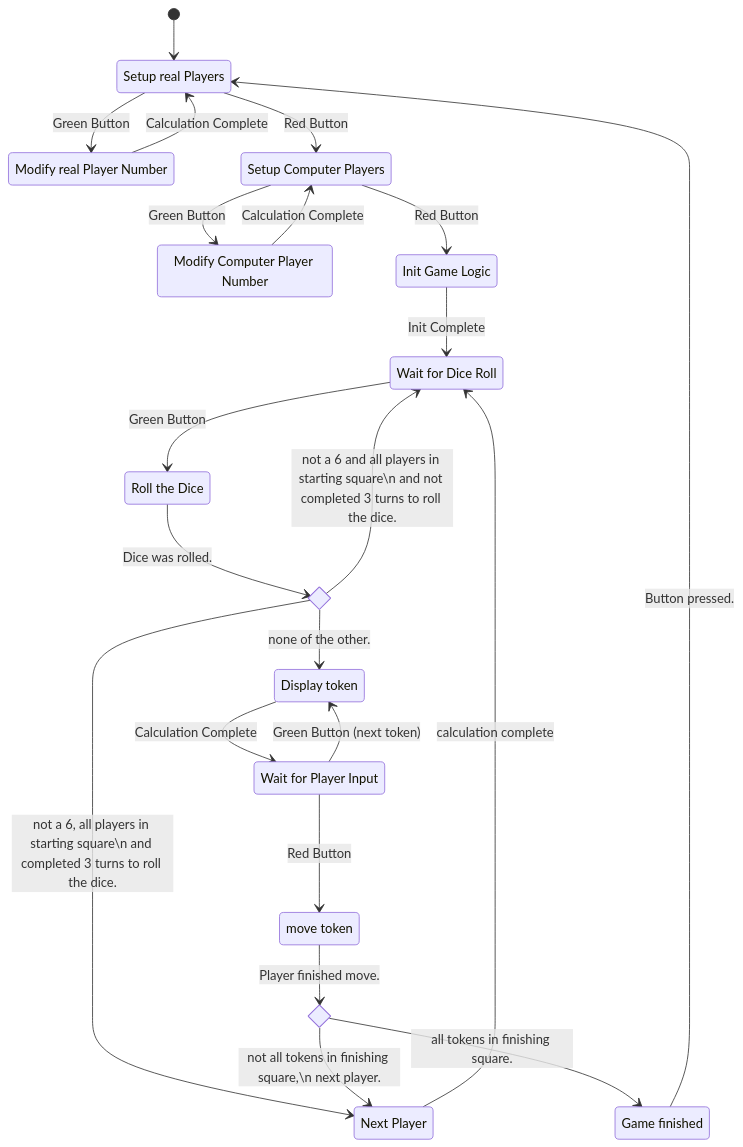
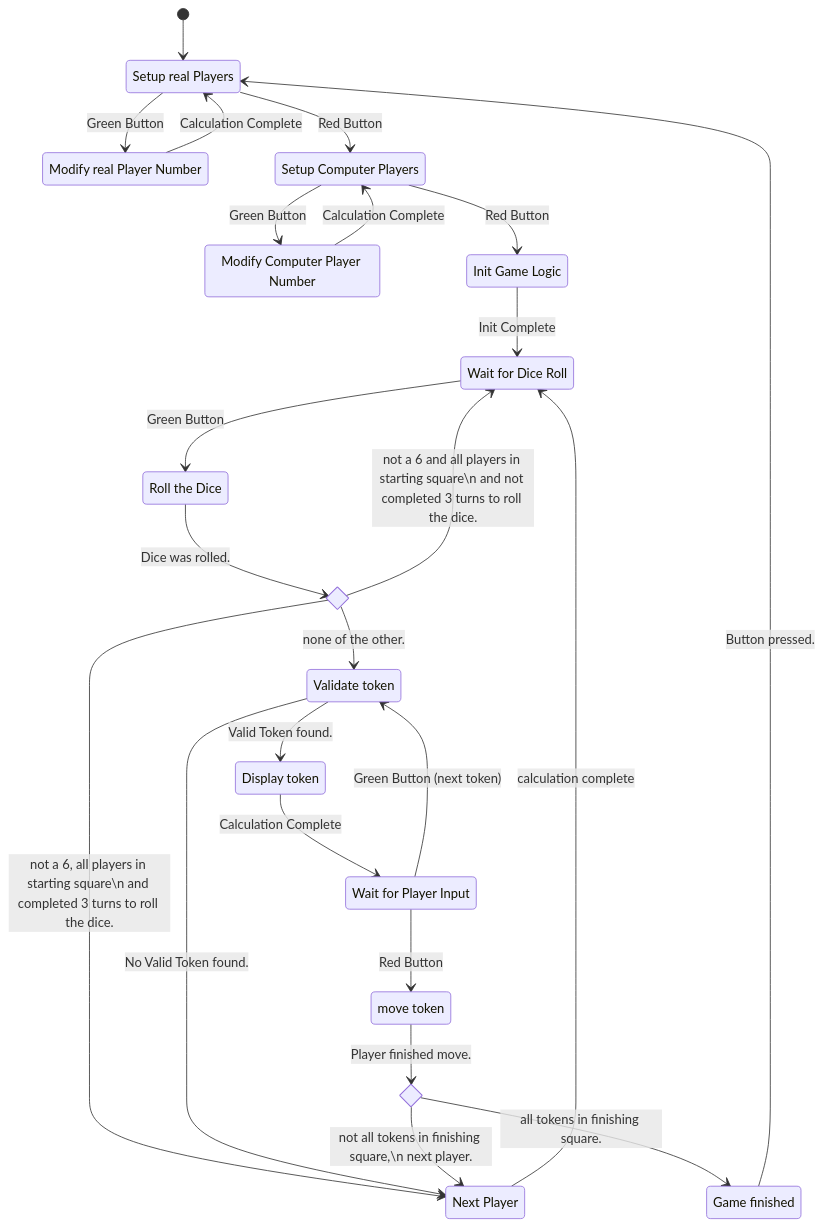
Before and after one commit to lukas1-12/Arduino_DHBW_Spiel: the second of 4 diagrams in Design_Description/Software_Architecture/DOC_DED_SOA_Software_Architecture.md, drawn with Mermaid. The commit also changed 2 other files, not shown here.

Commit message:
Updated State machine and implemented throwing out.

````diff
--- a/Design_Description/Software_Architecture/DOC_DED_SOA_Software_Architecture.md
+++ b/Design_Description/Software_Architecture/DOC_DED_SOA_Software_Architecture.md
@@ -36,39 +36,42 @@
 ```mermaid
     stateDiagram-v2
         [*] --> s1
     s1 : Setup real Players
         s1 --> s2 : Green Button
         s2 --> s1: Calculation Complete
     s2 : Modify real Player Number
         s1 --> s3: Red Button
     s3 : Setup Computer Players
         s3 --> s4 : Green Button
     s4 : Modify Computer Player Number
         s4 --> s3: Calculation Complete
         s3 --> s4a : Red Button
     s4a: Init Game Logic
         s4a --> s5: Init Complete
     s5 : Wait for Dice Roll
         s5 -->s6 : Green Button
     s6 : Roll the Dice 
         state if2 <<choice>>
         s6 --> if2 : Dice was rolled.
         if2 --> s5 : not a 6 and all players in starting square\n and not completed 3 turns to roll the dice.
         if2 --> s9a: not a 6, all players in starting square\n and completed 3 turns to roll the dice.
-        if2 --> s8: none of the other.
+        if2 --> s8a: none of the other.
         # Players ------------------
     s7 : Wait for Player Input
-        s7 --> s8 : Green Button (next token)
+        s7 --> s8a : Green Button (next token)
     s8 : Display token
         s8 --> s7 : Calculation Complete
         s7 --> s9 : Red Button
+    s8a: Validate token
+        s8a --> s8 : Valid Token found.
+        s8a --> s9a: No Valid Token found.
     s9 : move token
         state if1 <<choice>>
         s9 --> if1 : Player finished move.
         if1 --> s9a : not all tokens in finishing square,\n next player.
         if1 --> s10 : all tokens in finishing square.
     s9a: Next Player
         s9a --> s5: calculation complete
     s10: Game finished
         s10 --> s1 : Button pressed.
 ```
````
